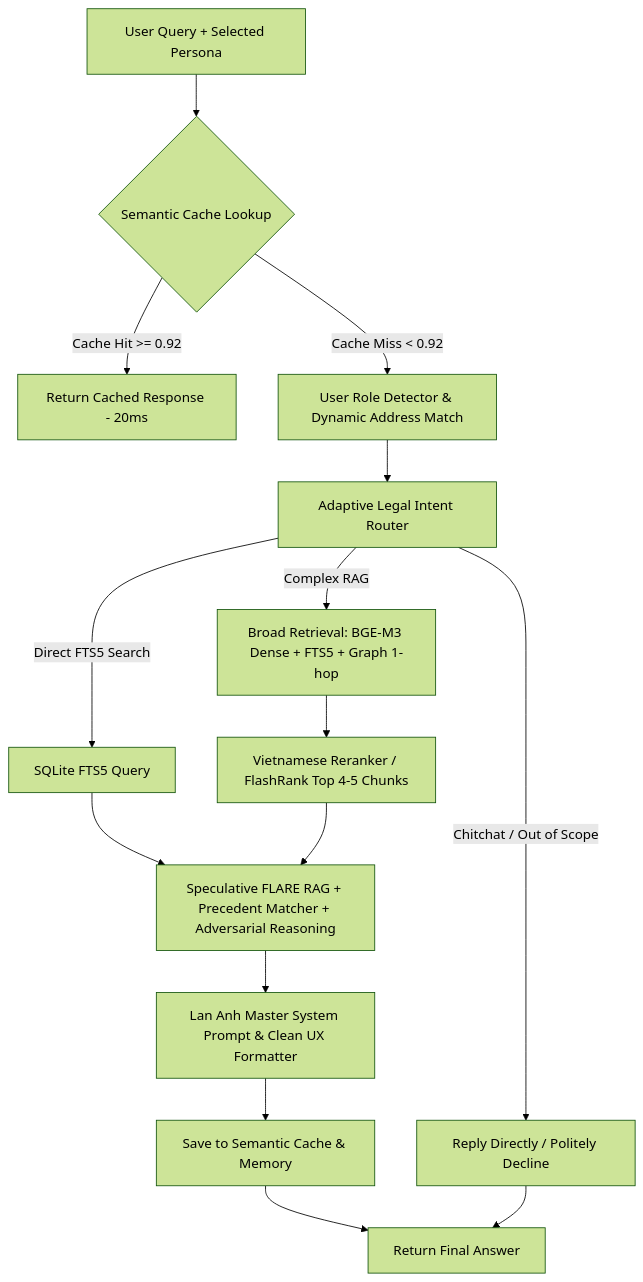
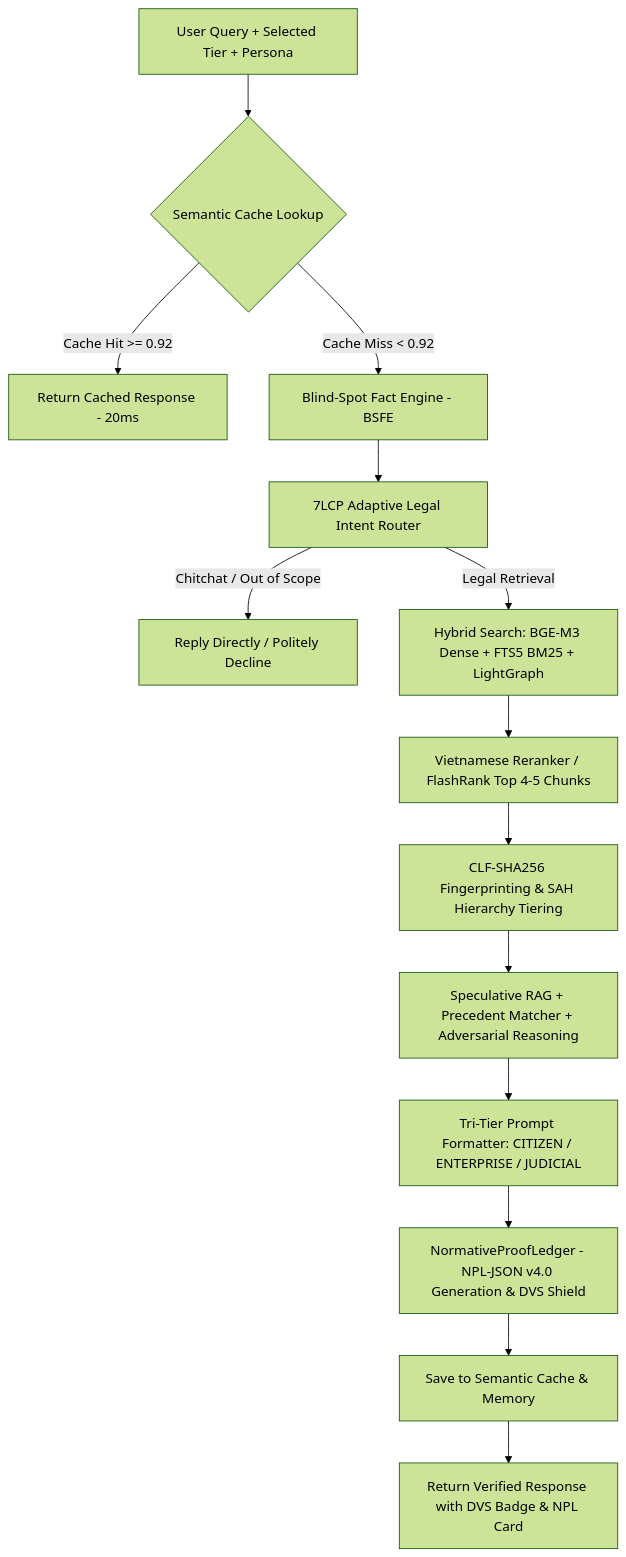
The diagram in README.md (phapsuto/dataluatvn), drawn with Mermaid (forest theme) before and after one commit. The commit also changed other lines of this file and 15 other files, not shown here.

Commit message:
feat(gen4): Nâng cấp toàn diện kiến trúc RAG Gen 4.0 Universal Tri-Tier Engine, NPL-JSON v4.0, CLF-SHA256, BSFE & DVS Shield

````diff
--- a/README.md
+++ b/README.md
@@ -50,17 +97,16 @@
 ```mermaid
 graph TD
-    A[User Query + Selected Persona] --> B{Semantic Cache Lookup}
+    A[User Query + Selected Tier + Persona] --> B{Semantic Cache Lookup}
     B -- Cache Hit >= 0.92 --> C[Return Cached Response - 20ms]
-    B -- Cache Miss < 0.92 --> D[User Role Detector & Dynamic Address Match]
-    D --> E[Adaptive Legal Intent Router]
+    B -- Cache Miss < 0.92 --> D[Blind-Spot Fact Engine - BSFE]
+    D --> E[7LCP Adaptive Legal Intent Router]
     E -- Chitchat / Out of Scope --> F[Reply Directly / Politely Decline]
-    E -- Direct FTS5 Search --> G[SQLite FTS5 Query]
-    E -- Complex RAG --> H[Broad Retrieval: BGE-M3 Dense + FTS5 + Graph 1-hop]
-    H --> I[Vietnamese Reranker / FlashRank Top 4-5 Chunks]
-    G --> J[Speculative FLARE RAG + Precedent Matcher + Adversarial Reasoning]
-    I --> J
-    J --> K[Lan Anh Master System Prompt & Clean UX Formatter]
-    K --> L[Save to Semantic Cache & Memory]
-    L --> M[Return Final Answer]
-    F --> M
+    E -- Legal Retrieval --> G[Hybrid Search: BGE-M3 Dense + FTS5 BM25 + LightGraph]
+    G --> H[Vietnamese Reranker / FlashRank Top 4-5 Chunks]
+    H --> I[CLF-SHA256 Fingerprinting & SAH Hierarchy Tiering]
+    I --> J[Speculative RAG + Precedent Matcher + Adversarial Reasoning]
+    J --> K[Tri-Tier Prompt Formatter: CITIZEN / ENTERPRISE / JUDICIAL]
+    K --> L[NormativeProofLedger - NPL-JSON v4.0 Generation & DVS Shield]
+    L --> M[Save to Semantic Cache & Memory]
+    M --> N[Return Verified Response with DVS Badge & NPL Card]
 ```
````
